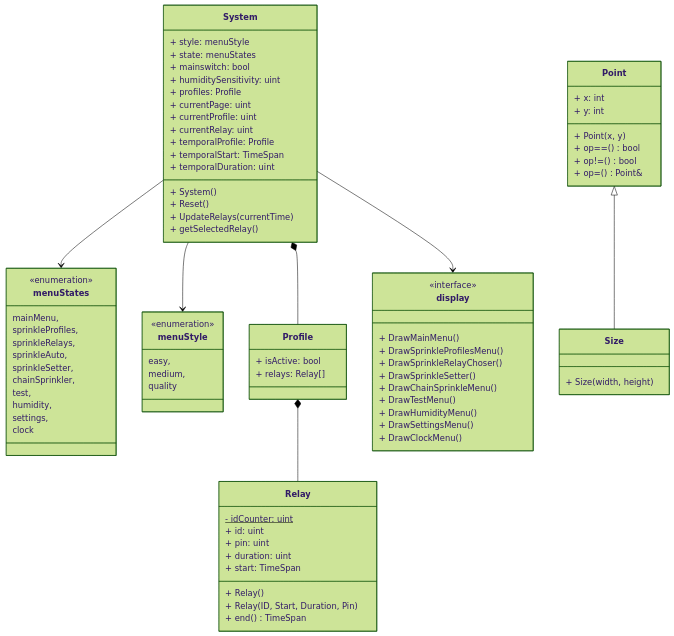
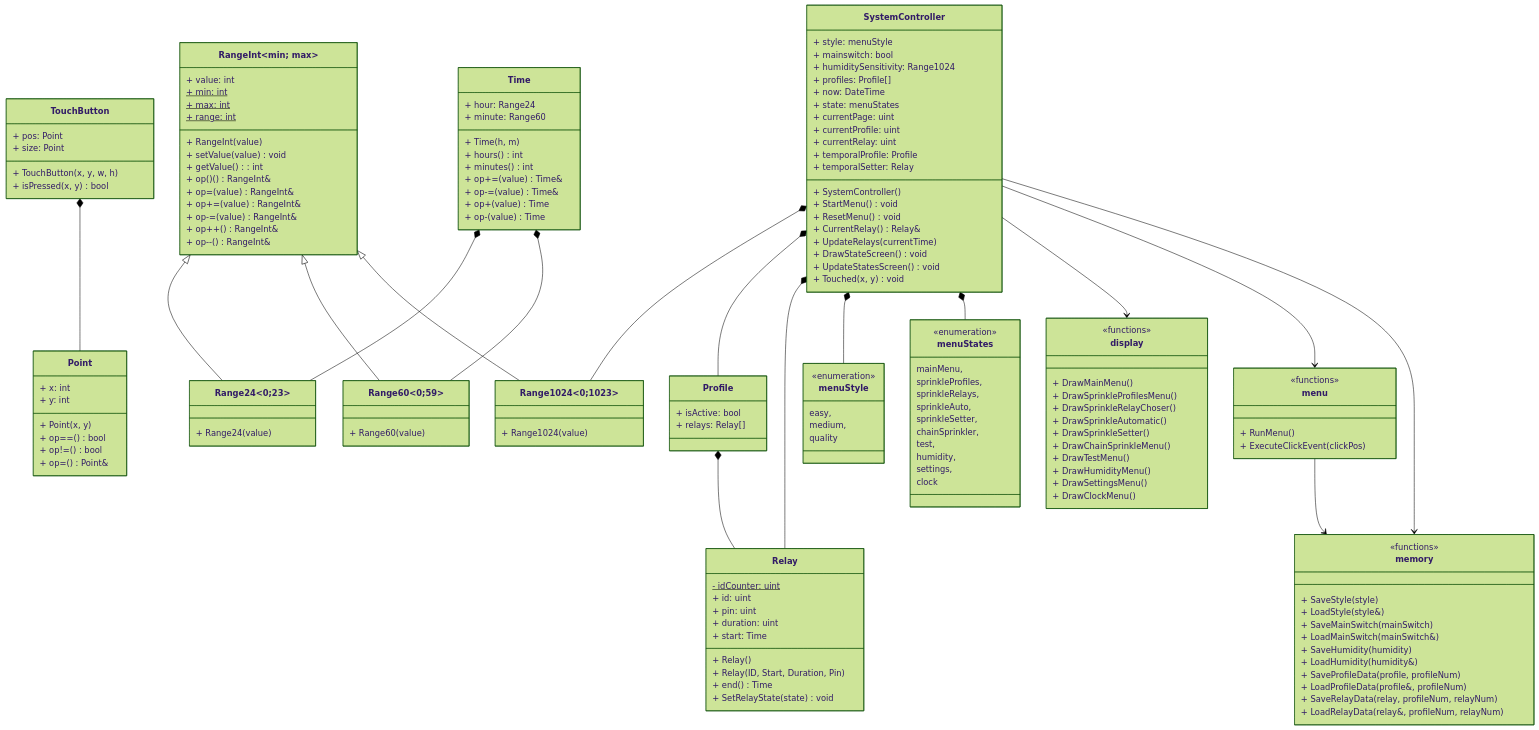
The first of 2 diagrams in MinimalistSprinklerGUI/DEVDOC.md (Spyro1/SprinkleSystem), drawn with Mermaid (forest theme) before and after one commit. The commit also changed 3 other files, not shown here.

Commit message:
uml diagram done

````diff
--- a/MinimalistSprinklerGUI/DEVDOC.md
+++ b/MinimalistSprinklerGUI/DEVDOC.md
@@ -38,6 +38,6 @@
 ```mermaid
 classDiagram
-
+    direction TB
     class menuStates{
         <<enumeration>>
         mainMenu, 
@@ -57,25 +57,121 @@
         medium,
         quality
     }
+    class Point{
+        + x: int
+        + y: int
+        + Point(x, y)
+        + op==() bool
+        + op!=() bool
+        + op=() Point&
+    }
+    class RangeInt~min; max~{
+        + value: int
+        + min: int$
+        + max: int$
+        + range: int$
+        + RangeInt(value)
+        + setValue(value) void
+        + getValue(): int
+        + op()() RangeInt&
+        + op=(value) RangeInt&
+        + op+=(value) RangeInt&
+        + op-=(value) RangeInt&
+        + op++() RangeInt&
+        + op--() RangeInt&
+    }
+    class Range1024~0;1023~{
+        + Range1024(value)    
+    }
+    class Range60~0;59~{
+        + Range60(value)
+    }
+    class Range24~0;23~{
+        + Range24(value)
+    }
+    class Time{
+        + hour: Range24
+        + minute: Range60
+        + Time(h, m)
+        + hours() int
+        + minutes() int
+        + op+=(value) Time&
+        + op-=(value) Time&
+        + op+(value) Time
+        + op-(value) Time      
+    }
+    class TouchButton{
+        + pos: Point
+        + size: Point
+        + TouchButton(x, y, w, h)
+        + isPressed(x, y) bool
+    }
     class Relay{
         - idCounter: uint$
         + id: uint
         + pin: uint
         + duration: uint 
-        + start: TimeSpan
+        + start: Time
         + Relay()
         + Relay(ID, Start, Duration, Pin)
-        + end() TimeSpan
+        + end() Time
+        + SetRelayState(state) void
     }
     class Profile{
         + isActive: bool
         + relays: Relay[]
     }
+    class SystemController{
+        + style: menuStyle
+        + mainswitch: bool
+        + humiditySensitivity: Range1024
+        + profiles: Profile[]
+        + now: DateTime
+        + state: menuStates
+        + currentPage: uint
+        + currentProfile: uint
+        + currentRelay: uint
+        + temporalProfile: Profile
+        + temporalSetter: Relay
+        + SystemController()
+        + StartMenu() void
+        + ResetMenu() void
+        + CurrentRelay() Relay&        
+        + UpdateRelays(currentTime)
+        + DrawStateScreen() void
+        + UpdateStatesScreen() void
+        + Touched(x, y) void
+    }
+
+    RangeInt <|-- Range24
+    Time *-- Range24
+    Time *-- Range60
+    RangeInt <|-- Range60
+    RangeInt <|-- Range1024
+
+    SystemController *-- Range1024
+    SystemController *-- Profile
+    SystemController *-- Relay
+    
+    Profile *-- Relay
+    
+    TouchButton *-- Point   
+    
+    SystemController *-- menuStyle
+    SystemController *-- menuStates
+    
+    SystemController --> display
+    SystemController --> menu
+    SystemController --> memory
+    
+    menu --> memory
+    
     class display{
-      <<interface>>
+        <<functions>>
         + DrawMainMenu()
         + DrawSprinkleProfilesMenu()
         + DrawSprinkleRelayChoser()
+        + DrawSprinkleAutomatic()
         + DrawSprinkleSetter()
         + DrawChainSprinkleMenu()
         + DrawTestMenu()
@@ -83,46 +179,24 @@
         + DrawSettingsMenu()
         + DrawClockMenu()
     }
-    class Point{
-      + x: int
-      + y: int
-      + Point(x, y)
-      + op==() bool
-      + op!=() bool
-      + op=() Point&
+    class menu{
+        <<functions>>
+        + RunMenu()
+        + ExecuteClickEvent(clickPos)
     }
-    class Size{
-      + Size(width, height)
+    class memory{
+        <<functions>>
+        + SaveStyle(style)
+        + LoadStyle(style&) 
+        + SaveMainSwitch(mainSwitch) 
+        + LoadMainSwitch(mainSwitch&)
+        + SaveHumidity(humidity)
+        + LoadHumidity(humidity&)
+        + SaveProfileData(profile, profileNum)
+        + LoadProfileData(profile&, profileNum)
+        + SaveRelayData(relay, profileNum, relayNum)
+        + LoadRelayData(relay&, profileNum, relayNum)
     }
     
-    class System{
-        + style: menuStyle
-        + state: menuStates
-        + mainswitch: bool
-        + humiditySensitivity: uint
-        + profiles: Profile
-        + currentPage: uint
-        + currentProfile: uint
-        + currentRelay: uint
-        + temporalProfile: Profile
-        + temporalStart: TimeSpan
-        + temporalDuration: uint
-        + System()
-        + Reset()
-        + UpdateRelays(currentTime)
-        + getSelectedRelay()
-        
-        
-    }
-    
-    
-    System --> menuStyle
-    System --> menuStates
-    System *-- Profile
-    System --> display
-    
-    Profile *-- Relay
-    
-    Point <|-- Size
 
 ```
````
